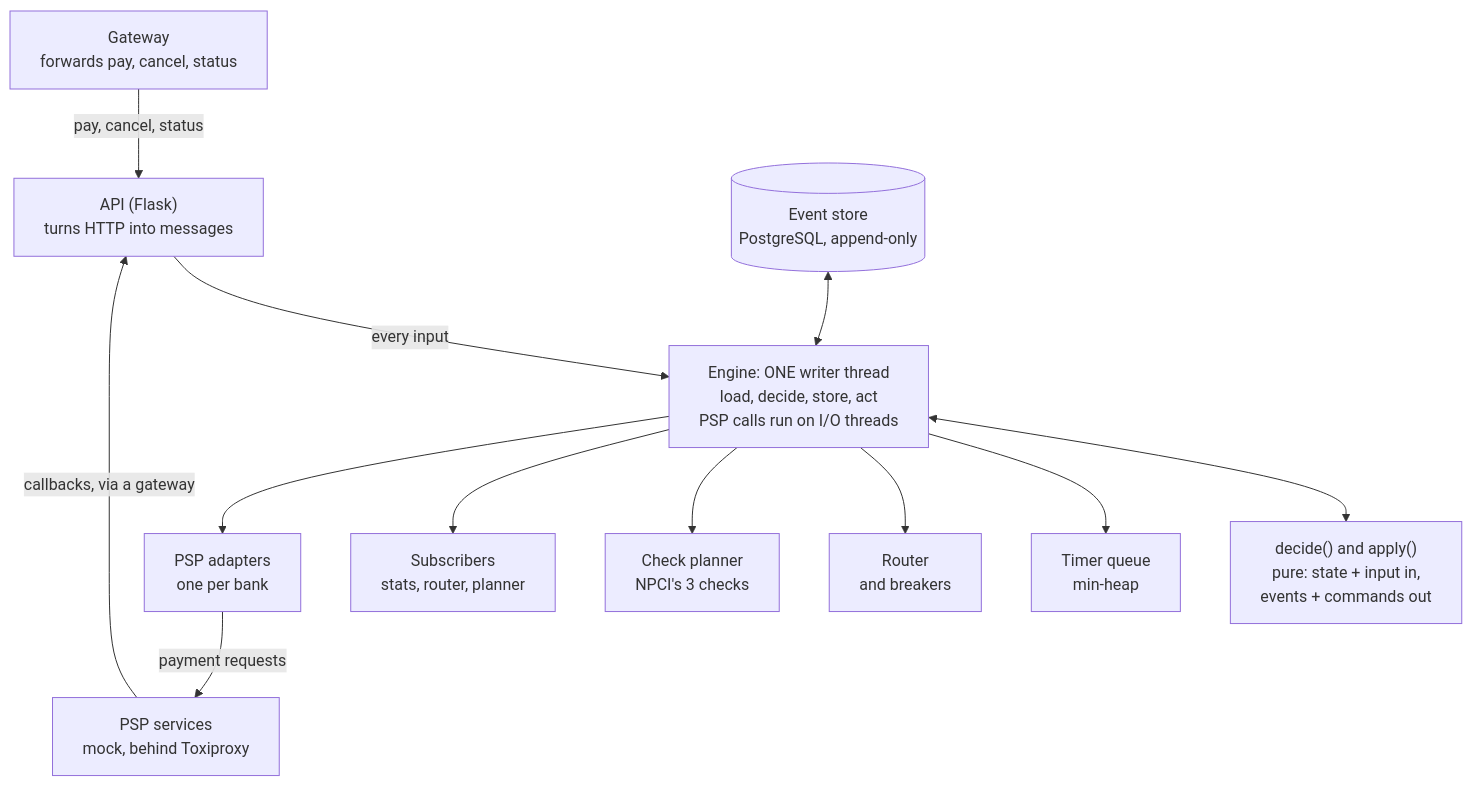
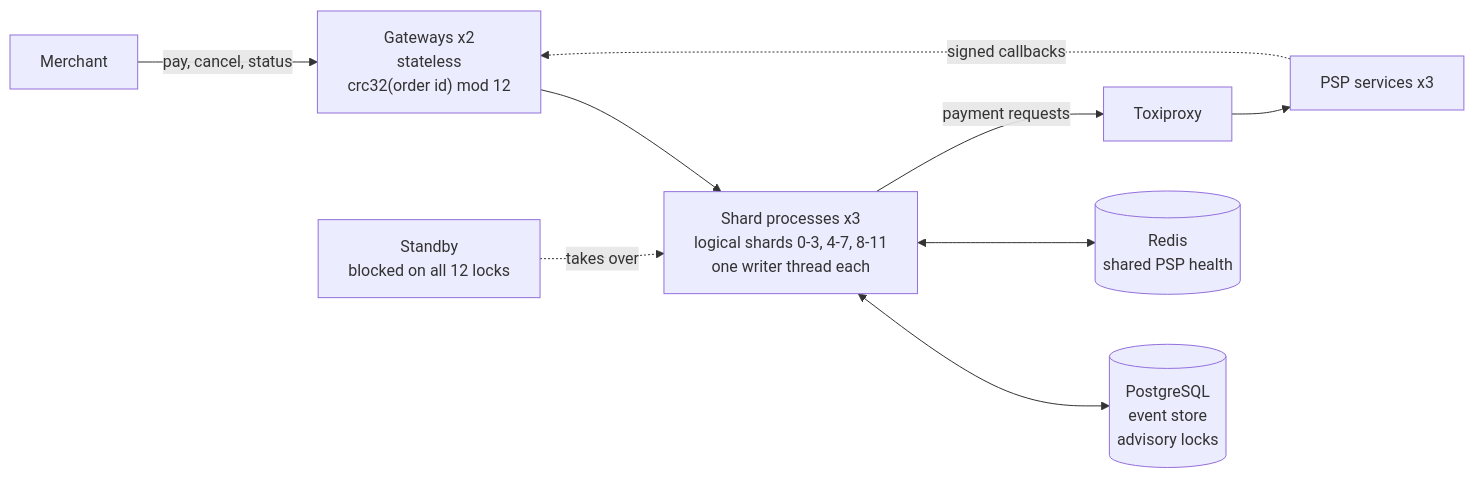
Before and after one commit to SrijaMalhar/Settle: the first of 3 diagrams in README.md, drawn with Mermaid. The commit also changed other lines of this file, not shown here.

````diff
--- a/README.md
+++ b/README.md
@@ -57,15 +64,10 @@
 ```mermaid
-flowchart TB
-    GW["Gateway<br/>forwards pay, cancel, status"] -->|pay, cancel, status| API
-    PSP["PSP services<br/>mock, behind Toxiproxy"] -->|callbacks, via a gateway| API
-    API["API (Flask)<br/>turns HTTP into messages"] -->|every input| ENG
-    ENG["Engine: ONE writer thread<br/>load, decide, store, act<br/>PSP calls run on I/O threads"]
-    STORE[("Event store<br/>PostgreSQL, append-only")] <--> ENG
-    ENG <--> CORE["decide() and apply()<br/>pure: state + input in,<br/>events + commands out"]
-    ENG --> TQ["Timer queue<br/>min-heap"]
-    ENG --> R["Router<br/>and breakers"]
-    ENG --> CP["Check planner<br/>NPCI's 3 checks"]
-    ENG --> SUB["Subscribers<br/>stats, router, planner"]
-    ENG --> AD["PSP adapters<br/>one per bank"]
-    AD -->|payment requests| PSP
+flowchart LR
+    M["Merchant"] -->|pay, cancel, status| G["Gateways x2<br/>stateless<br/>crc32(order id) mod 12"]
+    G --> S["Shard processes x3<br/>logical shards 0-3, 4-7, 8-11<br/>one writer thread each"]
+    SB["Standby<br/>blocked on all 12 locks"] -.->|takes over| S
+    S <--> PG[("PostgreSQL<br/>event store<br/>advisory locks")]
+    S <--> RD[("Redis<br/>shared PSP health")]
+    S -->|payment requests| TP["Toxiproxy"] --> P["PSP services x3"]
+    P -.->|signed callbacks| G
 ```
````
